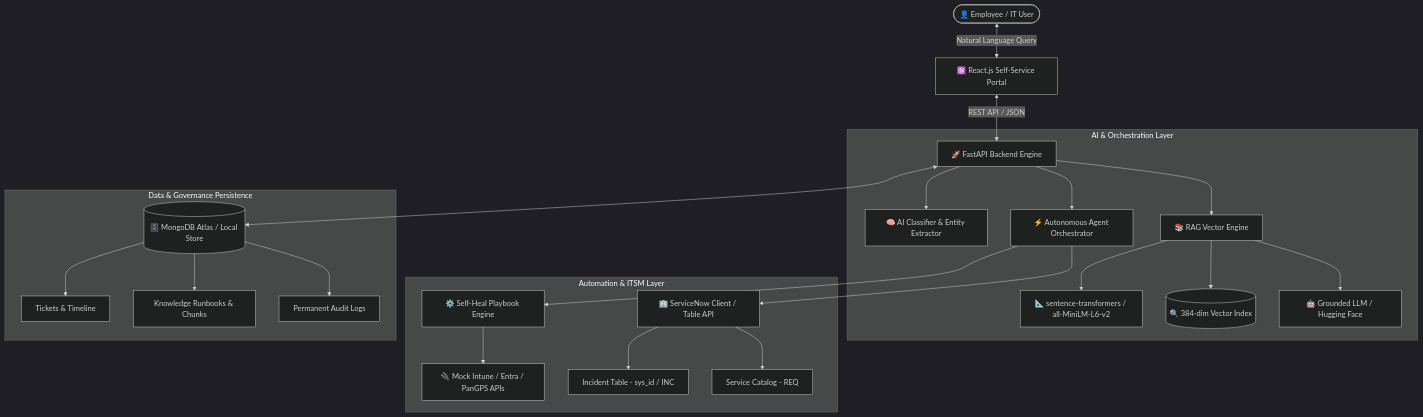
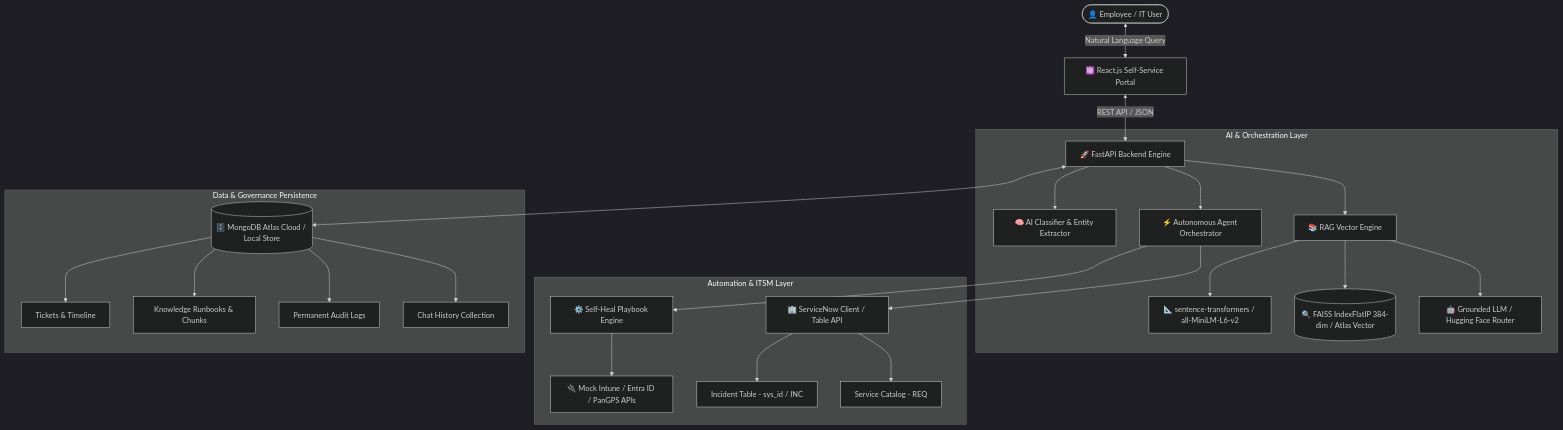
One commit to Rachna-techfr/ai-itsm-helpdesk changed the diagram in README.md. Above: the diagram before and after it, drawn with Mermaid (dark theme). The commit also changed other lines of this file and 7 other files, not shown here.

Commit message:
Fix Outlook RAG routing, integrate FAISS vector DB, add ServiceNow Get Incident, persist chat history, and expand README documentation

````diff
--- a/README.md
+++ b/README.md
@@ -23,30 +23,31 @@
 ```mermaid
 flowchart TD
     User([👤 Employee / IT User]) <-->|Natural Language Query| UI[⚛️ React.js Self-Service Portal]
     UI <-->|REST API / JSON| API[🚀 FastAPI Backend Engine]
     
     subgraph AI & Orchestration Layer
         API --> CLS[🧠 AI Classifier & Entity Extractor]
         API --> AGT[⚡ Autonomous Agent Orchestrator]
         API --> RAG[📚 RAG Vector Engine]
         
         RAG --> EMB[📐 sentence-transformers / all-MiniLM-L6-v2]
-        RAG --> VDB[(🔍 384-dim Vector Index)]
-        RAG --> LLM[🤖 Grounded LLM / Hugging Face]
+        RAG --> VDB[(🔍 FAISS IndexFlatIP 384-dim / Atlas Vector)]
+        RAG --> LLM[🤖 Grounded LLM / Hugging Face Router]
     end
 
     subgraph Automation & ITSM Layer
         AGT --> PB[⚙️ Self-Heal Playbook Engine]
-        PB --> API_MOCK[🔌 Mock Intune / Entra / PanGPS APIs]
+        PB --> API_MOCK[🔌 Mock Intune / Entra ID / PanGPS APIs]
         AGT --> SNOW[🏢 ServiceNow Client / Table API]
         SNOW --> SNOW_INC[Incident Table - sys_id / INC]
         SNOW --> SNOW_REQ[Service Catalog - REQ]
     end
 
     subgraph Data & Governance Persistence
-        API <--> STORE[(🗄️ MongoDB Atlas / Local Store)]
+        API <--> STORE[(🗄️ MongoDB Atlas Cloud / Local Store)]
         STORE --> TIK[Tickets & Timeline]
         STORE --> KB[Knowledge Runbooks & Chunks]
         STORE --> AUDIT[Permanent Audit Logs]
+        STORE --> CHAT[Chat History Collection]
     end
 ```
````
